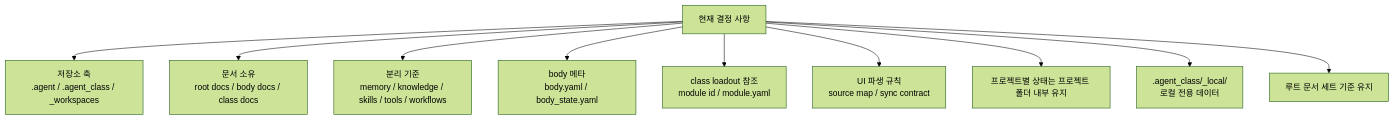
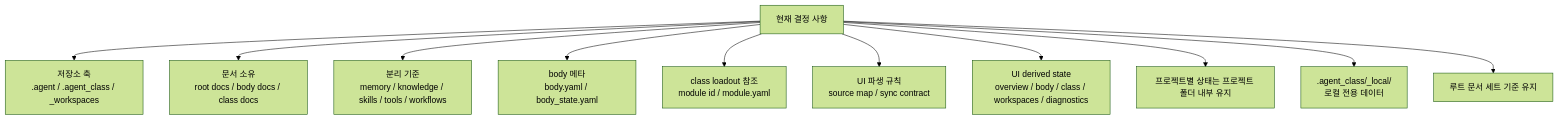
Before and after one commit to SungYongMOON/soulforge: the diagram in docs/architecture/CURRENT_DECISIONS.md, drawn with Mermaid (forest theme). The commit also changed other lines of this file and 16 other files, not shown here.

````diff
--- a/docs/architecture/CURRENT_DECISIONS.md
+++ b/docs/architecture/CURRENT_DECISIONS.md
@@ -5,12 +5,13 @@
 ```mermaid
 flowchart TD
   D["현재 결정 사항"] --> S["저장소 축<br/>.agent / .agent_class / _workspaces"]
   D --> O["문서 소유<br/>root docs / body docs / class docs"]
   D --> M["분리 기준<br/>memory / knowledge / skills / tools / workflows"]
   D --> B["body 메타<br/>body.yaml / body_state.yaml"]
   D --> C2["class loadout 참조<br/>module id / module.yaml"]
   D --> U["UI 파생 규칙<br/>source map / sync contract"]
+  D --> UD["UI derived state<br/>overview / body / class / workspaces / diagnostics"]
   D --> P["프로젝트별 상태는 프로젝트 폴더 내부 유지"]
   D --> L[".agent_class/_local/<br/>로컬 전용 데이터"]
   D --> R["루트 문서 세트 기준 유지"]
 ```
````
